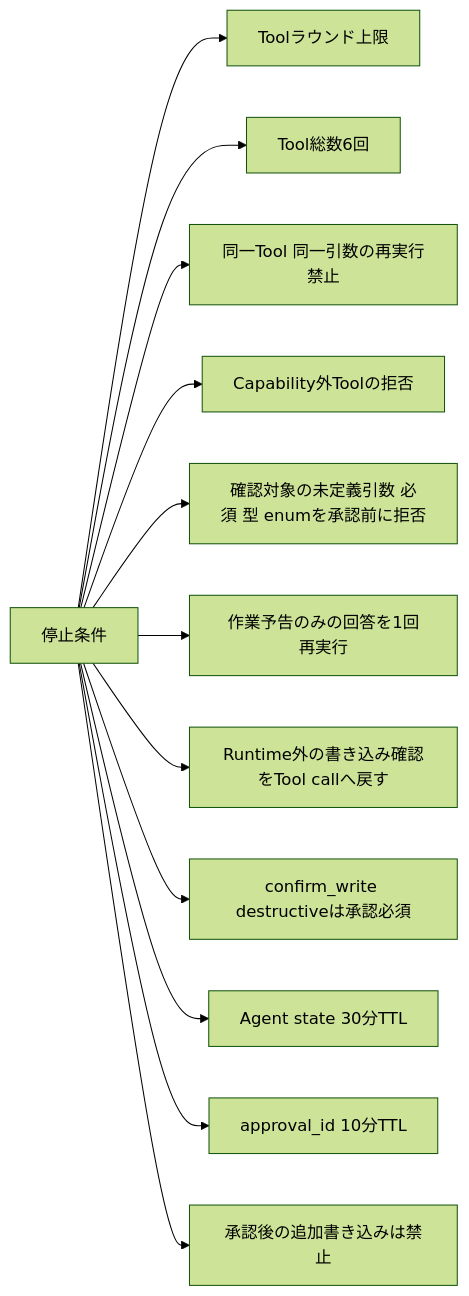
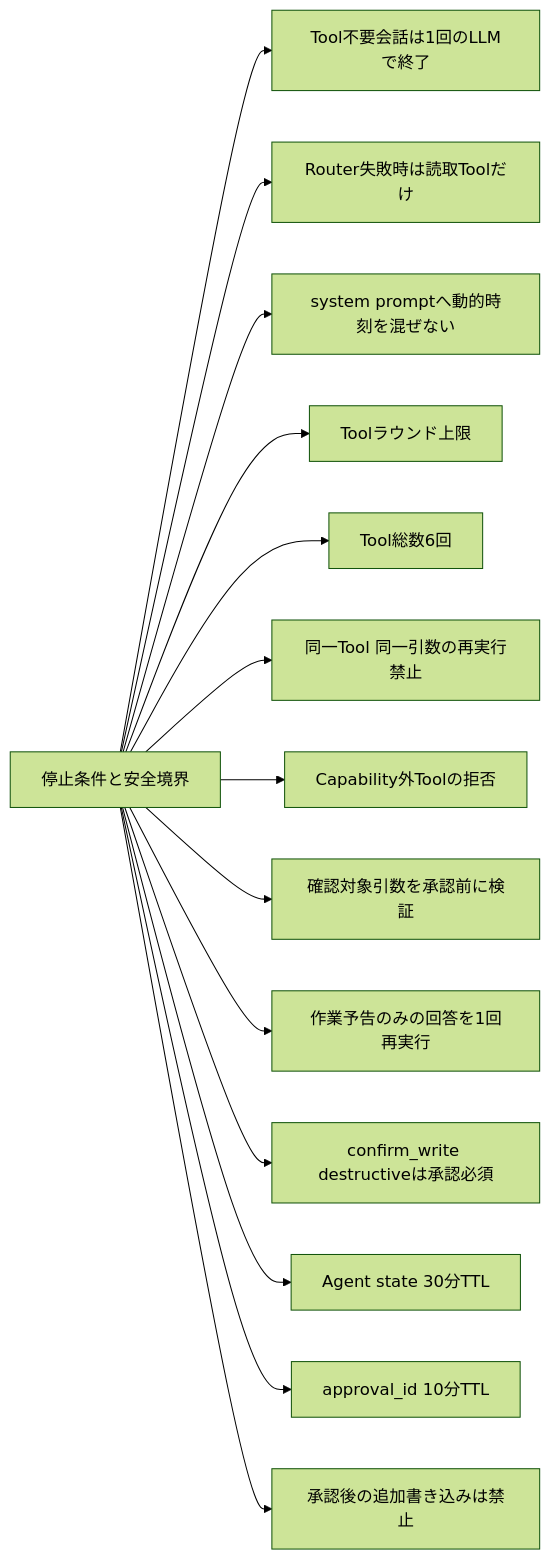
Diagram 12 of 12 in docs/runtime-flows.md (Soso2e/PETIT), drawn with Mermaid (forest theme) before and after one commit. The commit also changed other lines of this file, not shown here.

Commit message:
docs: One-pass会話フローへ更新

````diff
--- a/docs/runtime-flows.md
+++ b/docs/runtime-flows.md
@@ -432,27 +435,31 @@
 ```mermaid
 flowchart LR
-    limits[停止条件]
+    limits[停止条件と安全境界]
+    onePass[Tool不要会話は1回のLLMで終了]
+    safeFallback[Router失敗時は読取Toolだけ]
+    staticPrefix[system promptへ動的時刻を混ぜない]
     round[Toolラウンド上限]
     calls[Tool総数6回]
     duplicate[同一Tool 同一引数の再実行禁止]
     allowed[Capability外Toolの拒否]
-    args[確認対象の未定義引数 必須 型 enumを承認前に拒否]
+    args[確認対象引数を承認前に検証]
     defer[作業予告のみの回答を1回再実行]
-    manualConfirm[Runtime外の書き込み確認をTool callへ戻す]
     confirm[confirm_write destructiveは承認必須]
     resume[Agent state 30分TTL]
     approval[approval_id 10分TTL]
     writeOnce[承認後の追加書き込みは禁止]
 
+    limits --> onePass
+    limits --> safeFallback
+    limits --> staticPrefix
     limits --> round
     limits --> calls
     limits --> duplicate
     limits --> allowed
     limits --> args
     limits --> defer
-    limits --> manualConfirm
     limits --> confirm
     limits --> resume
     limits --> approval
     limits --> writeOnce
 ```
````
